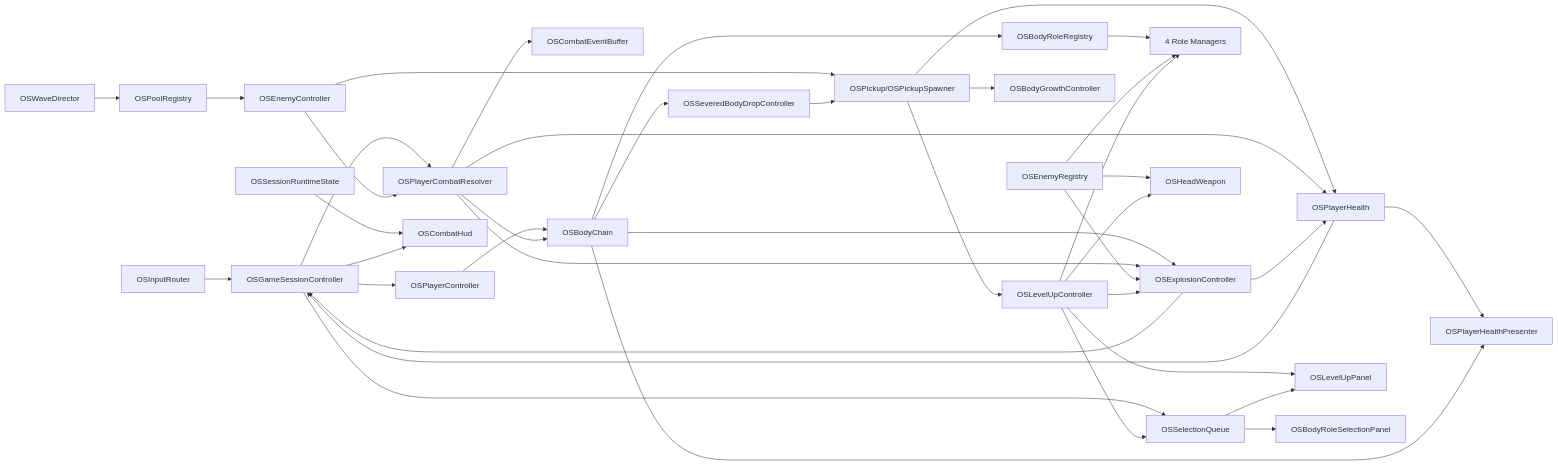
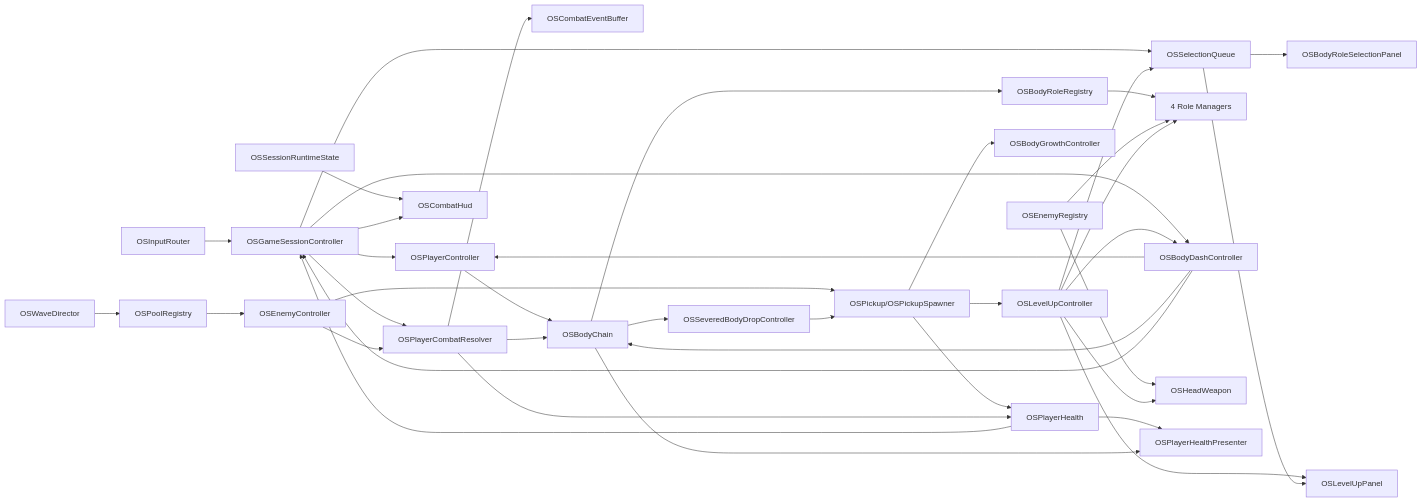
Before and after one commit to WackyGameStudio/Ouroboros: the diagram in docs/OUROBOROS_SWARM_Unity_설계서.md, drawn with Mermaid. The commit also changed other lines of this file and 66 other files, not shown here.

````diff
--- a/docs/OUROBOROS_SWARM_Unity_설계서.md
+++ b/docs/OUROBOROS_SWARM_Unity_설계서.md
@@ -1048,41 +1043,40 @@
 ```mermaid
 flowchart LR
     Input[OSInputRouter] --> Session[OSGameSessionController]
     Session --> Player[OSPlayerController]
     Session --> Resolver[OSPlayerCombatResolver]
     Resolver --> Buffer[OSCombatEventBuffer]
     Session --> Queue[OSSelectionQueue]
     Player --> Chain[OSBodyChain]
     Chain --> RoleRegistry[OSBodyRoleRegistry]
     RoleRegistry --> Roles[4 Role Managers]
-    Chain --> Explosion[OSExplosionController]
-    Resolver --> Explosion
+    Session --> Dash[OSBodyDashController]
+    Dash --> Player
+    Dash --> Chain
     Registry[OSEnemyRegistry] --> Head[OSHeadWeapon]
     Registry --> Roles
-    Registry --> Explosion
     Wave[OSWaveDirector] --> Pool[OSPoolRegistry]
     Pool --> Enemy[OSEnemyController]
     Enemy --> Resolver
     Enemy --> Pickup[OSPickup/OSPickupSpawner]
     Chain --> Severed[OSSeveredBodyDropController]
     Severed --> Pickup
     Pickup --> Growth[OSBodyGrowthController]
     Pickup --> Level[OSLevelUpController]
     Pickup --> Health
     Level --> Queue
     Level --> Head
     Level --> Roles
-    Level --> Explosion
+    Level --> Dash
     Level --> LevelUI
     Resolver --> Health[OSPlayerHealth]
     Resolver --> Chain
-    Explosion --> Health
-    Explosion --> Session
+    Dash --> Session
     Health --> Session
     Runtime[OSSessionRuntimeState] --> HUD[OSCombatHud]
     Health --> HealthHUD[OSPlayerHealthPresenter]
     Chain --> HealthHUD
     Session --> HUD
     Queue --> BodyUI[OSBodyRoleSelectionPanel]
     Queue --> LevelUI[OSLevelUpPanel]
 ```
````
